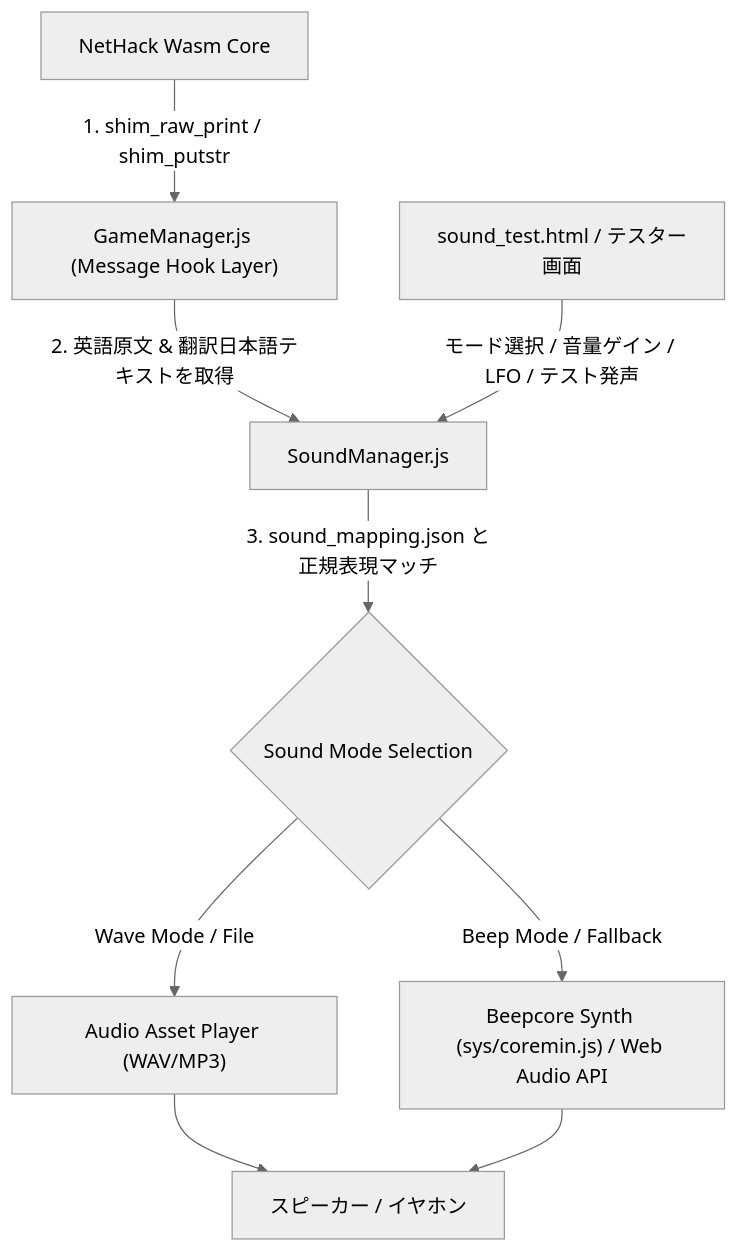
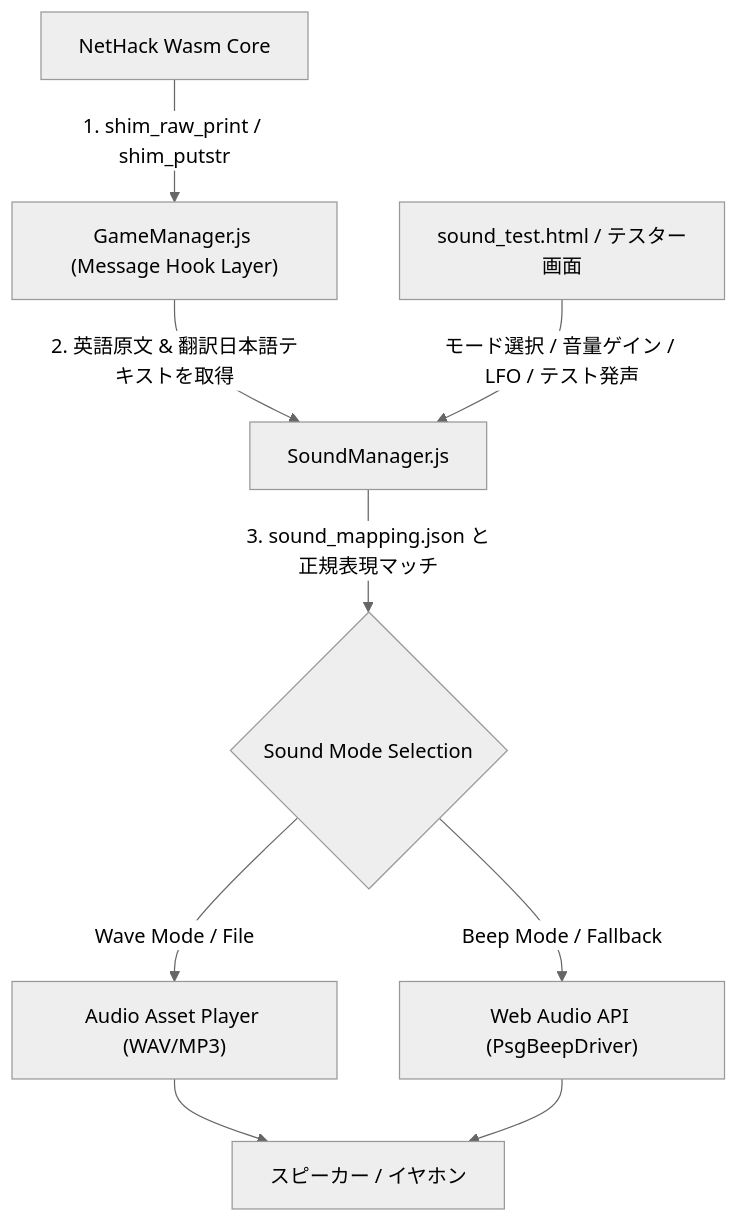
Before and after one commit to e3sh/Nethack-wasm-webUI: the diagram in docs/4_sound/sound_system_spec.md, drawn with Mermaid (neutral theme). The commit also changed other lines of this file and 14 other files, not shown here.

````diff
--- a/docs/4_sound/sound_system_spec.md
+++ b/docs/4_sound/sound_system_spec.md
@@ -35,12 +35,12 @@
 ```mermaid
 flowchart TD
     A["NetHack Wasm Core"] -->|"1. shim_raw_print / shim_putstr"| B["GameManager.js (Message Hook Layer)"]
     B -->|"2. 英語原文 & 翻訳日本語テキストを取得"| C["SoundManager.js"]
     C -->|"3. sound_mapping.json と正規表現マッチ"| D{"Sound Mode Selection"}
     D -->|"Wave Mode / File"| E["Audio Asset Player (WAV/MP3)"]
-    D -->|"Beep Mode / Fallback"| F["Beepcore Synth (sys/coremin.js) / Web Audio API"]
+    D -->|"Beep Mode / Fallback"| F["Web Audio API (PsgBeepDriver)"]
     E --> G["スピーカー / イヤホン"]
     F --> G
     
     H["sound_test.html / テスター画面"] -->|"モード選択 / 音量ゲイン / LFO / テスト発声"| C
 ```
````
